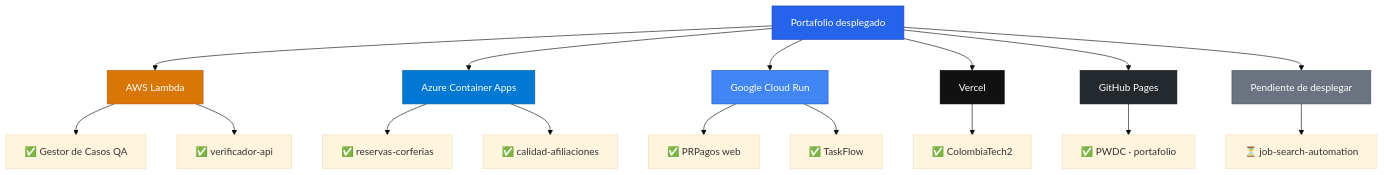
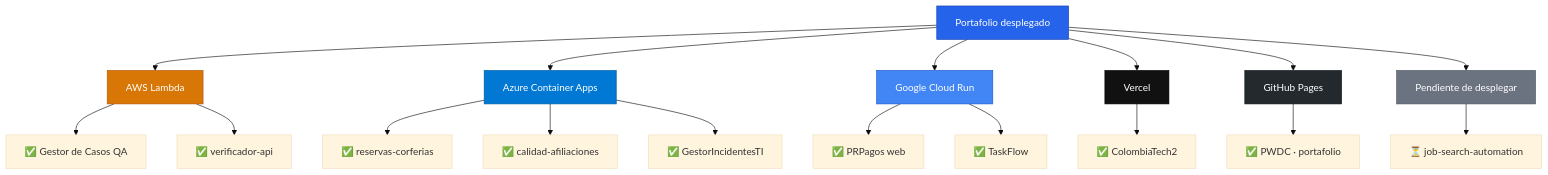
One commit to lariasca1994/lariasca1994 changed the diagram in README.md. Above: the diagram before and after it, drawn with Mermaid (base theme). The commit also changed other lines of this file, not shown here.

````diff
--- a/README.md
+++ b/README.md
@@ -57,32 +58,33 @@
 ```mermaid
 graph TB
     A[Portafolio desplegado] --> AWS[AWS Lambda]
     A --> AZ[Azure Container Apps]
     A --> GCP[Google Cloud Run]
     A --> VER[Vercel]
     A --> GHP[GitHub Pages]
     A --> PEND[Pendiente de desplegar]
 
     AWS --> AWS1[✅ Gestor de Casos QA]
     AWS --> AWS2[✅ verificador-api]
 
     AZ --> AZ1[✅ reservas-corferias]
     AZ --> AZ2[✅ calidad-afiliaciones]
+    AZ --> AZ3[✅ GestorIncidentesTI]
 
     GCP --> GCP1[✅ PRPagos web]
     GCP --> GCP2[✅ TaskFlow]
 
     VER --> VER1[✅ ColombiaTech2]
 
     GHP --> GHP1[✅ PWDC · portafolio]
 
     PEND --> PEND1[⏳ job-search-automation]
 
     style A fill:#2563EB,stroke:#1E40AF,color:#fff
     style AWS fill:#D97706,stroke:#B45309,color:#fff
     style AZ fill:#0078D4,stroke:#005A9E,color:#fff
     style GCP fill:#4285F4,stroke:#1A56C4,color:#fff
     style VER fill:#111111,stroke:#000000,color:#fff
     style GHP fill:#24292E,stroke:#0D1117,color:#fff
     style PEND fill:#6B7280,stroke:#4B5563,color:#fff
 ```
````
